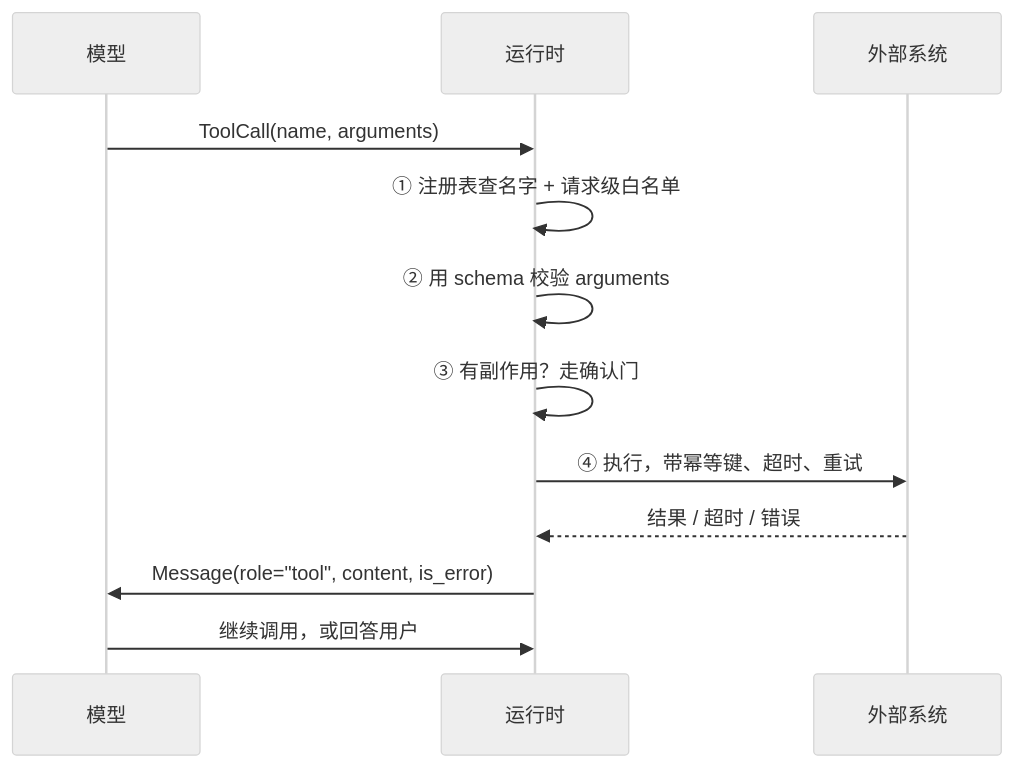
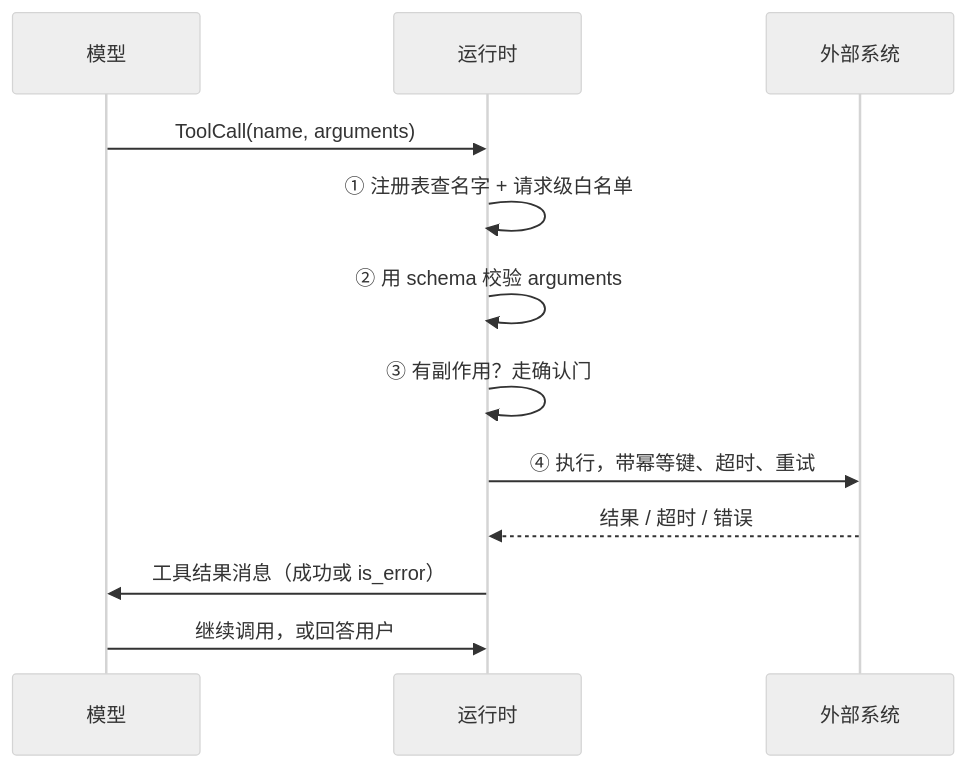
Before and after one commit to lance2016/ai-app-engineering: the first of 2 diagrams in lessons/05-tool-calling/README.md, drawn with Mermaid (neutral theme). The commit also changed other lines of this file and 234 other files, not shown here.

````diff
--- a/lessons/05-tool-calling/README.md
+++ b/lessons/05-tool-calling/README.md
@@ -30,14 +29,14 @@
 ```mermaid
 sequenceDiagram
     participant M as 模型
     participant R as 运行时
     participant X as 外部系统
     M->>R: ToolCall(name, arguments)
     R->>R: ① 注册表查名字 + 请求级白名单
     R->>R: ② 用 schema 校验 arguments
     R->>R: ③ 有副作用？走确认门
     R->>X: ④ 执行，带幂等键、超时、重试
     X-->>R: 结果 / 超时 / 错误
-    R->>M: Message(role="tool", content, is_error)
+    R->>M: 工具结果消息（成功或 is_error）
     M->>R: 继续调用，或回答用户
 ```
````
